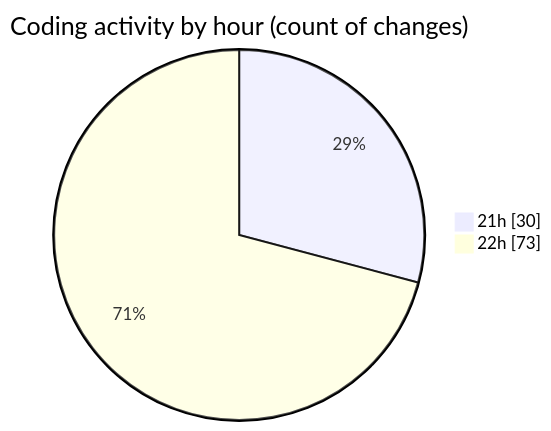
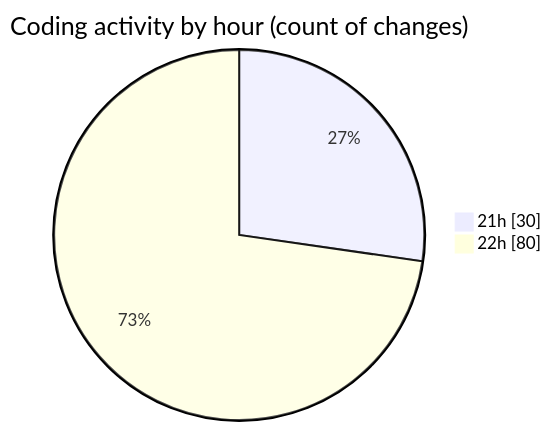
The second of 2 diagrams in 2026-01-02/dsa/README.md (Ritupan-Deka/code-tracking), drawn with Mermaid before and after one commit. The commit also changed other lines of this file and 1 other file, not shown here.

````diff
--- a/2026-01-02/dsa/README.md
+++ b/2026-01-02/dsa/README.md
@@ -31,6 +31,6 @@
 ```mermaid
 pie showData
 title Coding activity by hour (count of changes)
 "21h" : 30
-"22h" : 73
+"22h" : 80
 ```
````
